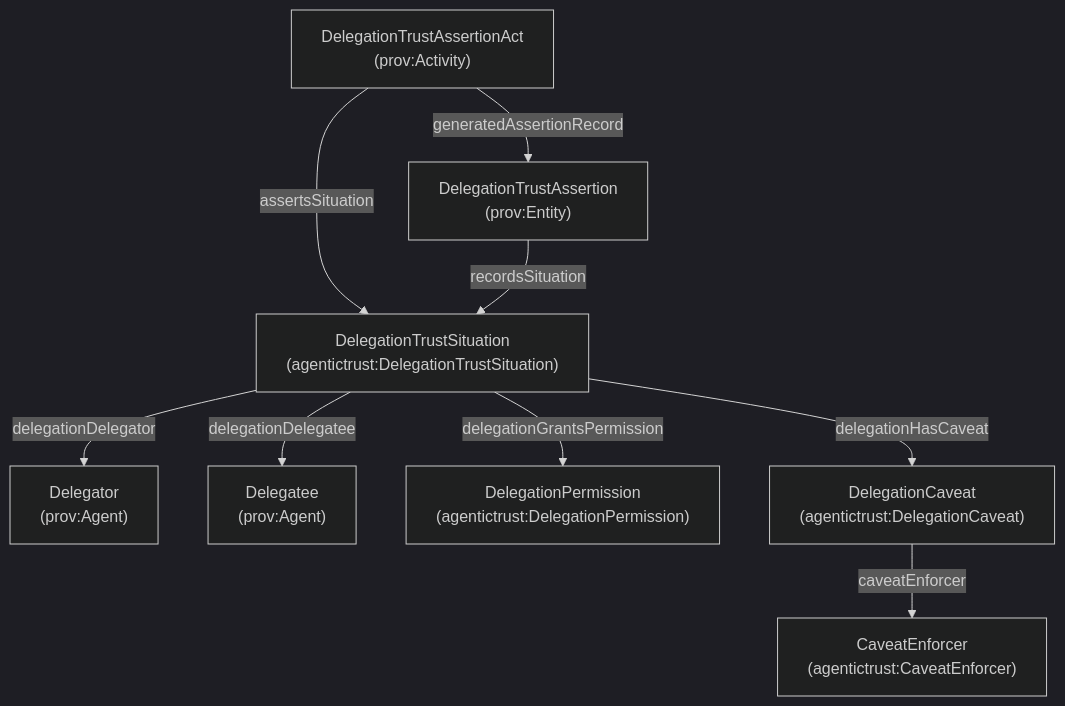
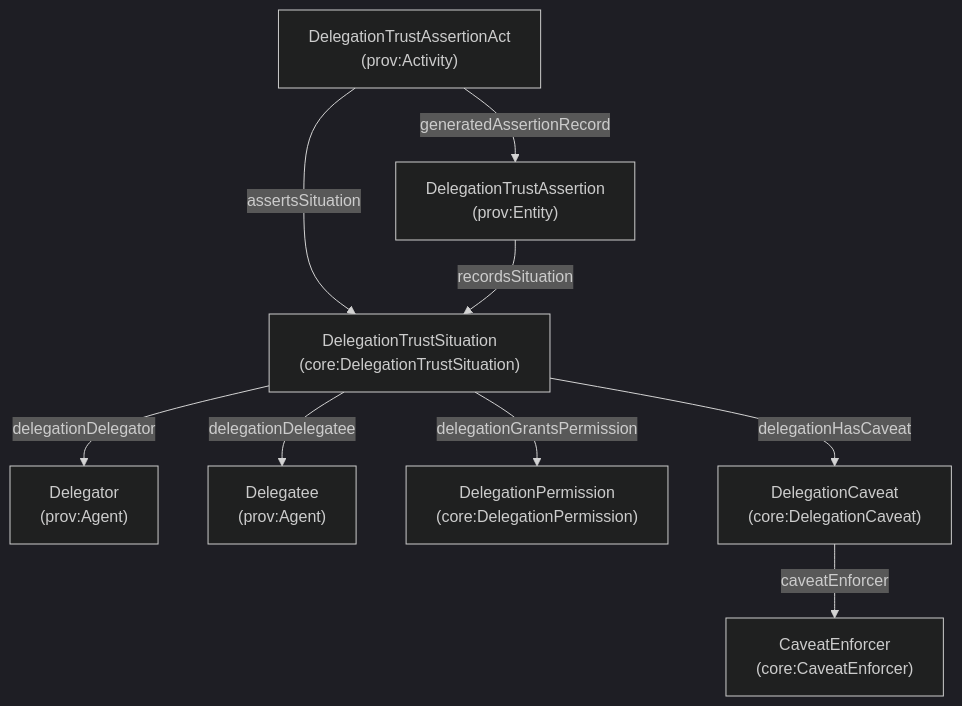
One commit to Agentic-Trust-Layer/agent-explorer changed the diagram in docs/ontology/delegation.md. Above: the diagram before and after it, drawn with Mermaid (dark theme). The commit also changed other lines of this file and 49 other files, not shown here.

````diff
--- a/docs/ontology/delegation.md
+++ b/docs/ontology/delegation.md
@@ -31,22 +31,22 @@
 ```mermaid
 graph TB
-  DelegationSit["DelegationTrustSituation\n(agentictrust:DelegationTrustSituation)"]
+  DelegationSit["DelegationTrustSituation\n(core:DelegationTrustSituation)"]
   Delegator["Delegator\n(prov:Agent)"]
   Delegatee["Delegatee\n(prov:Agent)"]
-  Perm["DelegationPermission\n(agentictrust:DelegationPermission)"]
-  Caveat["DelegationCaveat\n(agentictrust:DelegationCaveat)"]
-  Enforcer["CaveatEnforcer\n(agentictrust:CaveatEnforcer)"]
+  Perm["DelegationPermission\n(core:DelegationPermission)"]
+  Caveat["DelegationCaveat\n(core:DelegationCaveat)"]
+  Enforcer["CaveatEnforcer\n(core:CaveatEnforcer)"]
 
   Act["DelegationTrustAssertionAct\n(prov:Activity)"]
   Rec["DelegationTrustAssertion\n(prov:Entity)"]
 
   DelegationSit -->|delegationDelegator| Delegator
   DelegationSit -->|delegationDelegatee| Delegatee
   DelegationSit -->|delegationGrantsPermission| Perm
   DelegationSit -->|delegationHasCaveat| Caveat
   Caveat -->|caveatEnforcer| Enforcer
 
   Act -->|assertsSituation| DelegationSit
   Act -->|generatedAssertionRecord| Rec
   Rec -->|recordsSituation| DelegationSit
 ```
````
